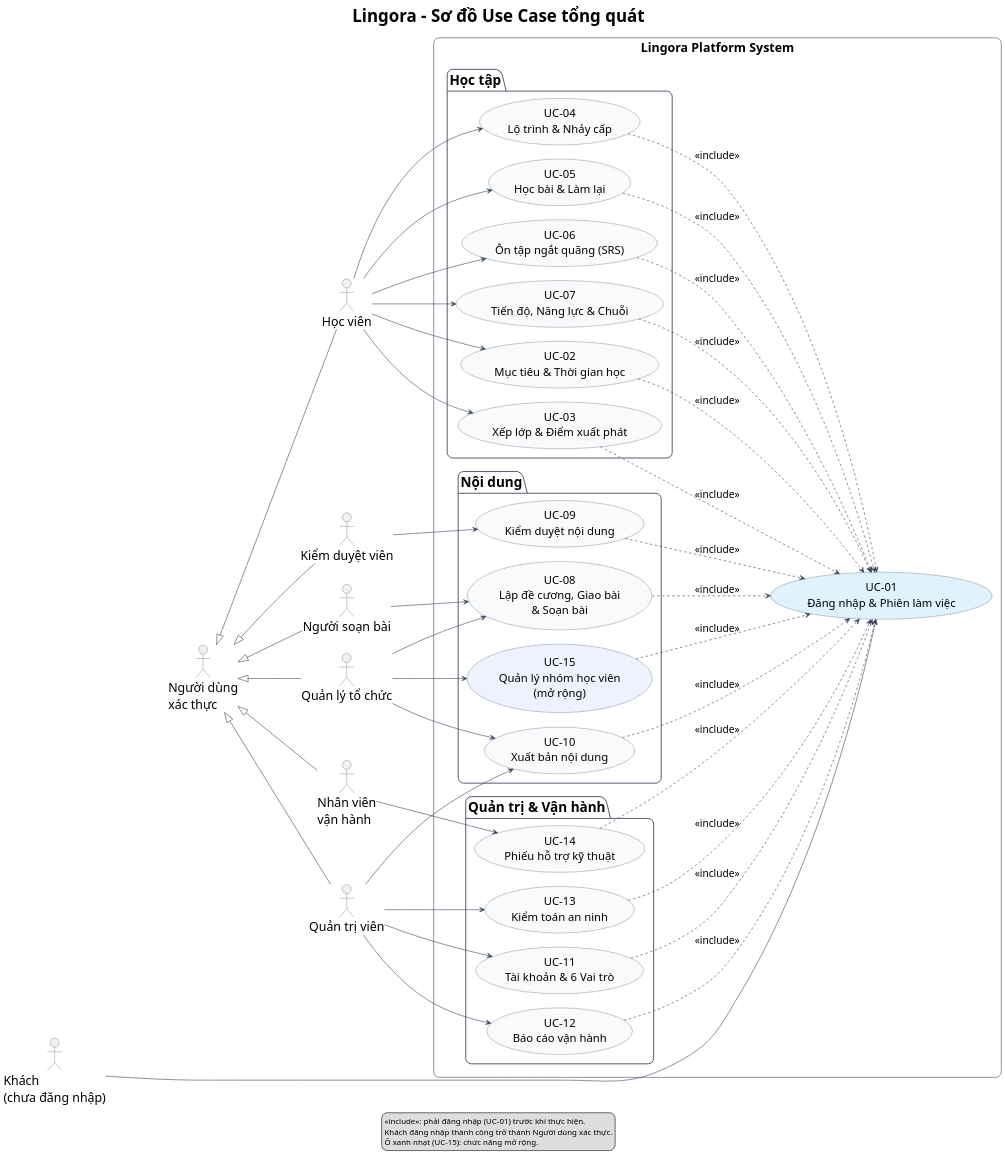
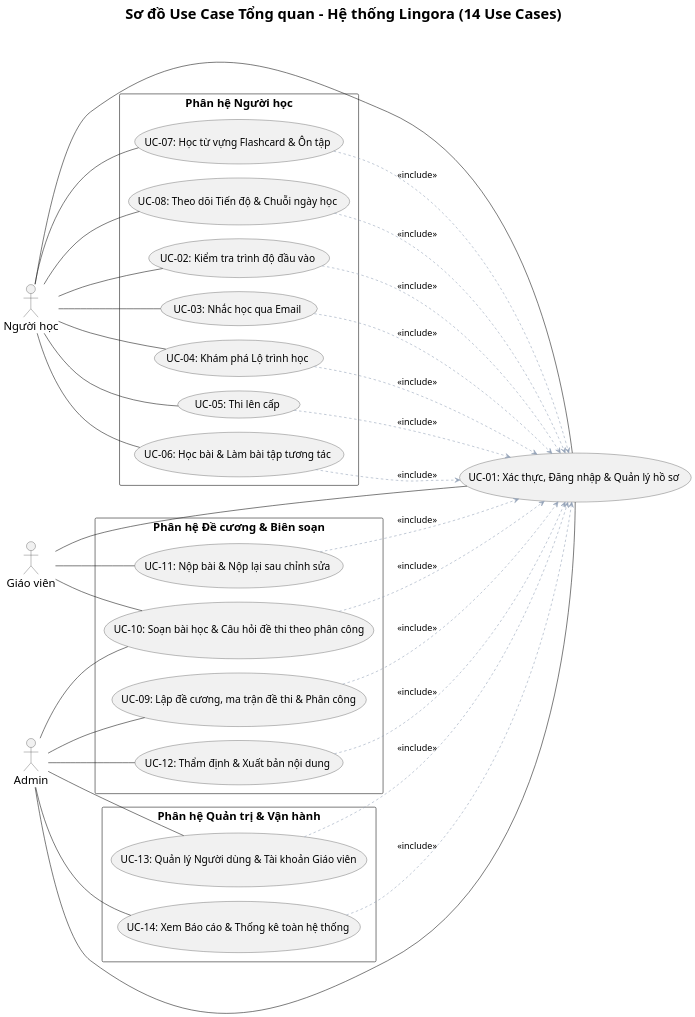
The diagram in docs/diagrams/lingora-modeling/src/01-usecase-tong-quat.puml (PhamNguyenThanhTung/lingora-workspace), drawn with PlantUML before and after one commit. The commit also changed 17 other files, not shown here.

Commit message:
docs(diagrams): remove obsolete actors and sync all usecase diagrams with 14 UC baseline

```diff
--- a/docs/diagrams/lingora-modeling/src/01-usecase-tong-quat.puml
+++ b/docs/diagrams/lingora-modeling/src/01-usecase-tong-quat.puml
@@ -1,114 +1,102 @@
-@startuml 01-usecase-tong-quat
-title Lingora - Sơ đồ Use Case tổng quát
-left to right direction
-
+@startuml
 skinparam dpi 150
 skinparam defaultFontName Arial
-skinparam defaultFontSize 22
-skinparam titleFontSize 30
-skinparam ArrowFontSize 18
-skinparam ActorFontSize 22
-skinparam UsecaseFontSize 20
-skinparam PackageFontSize 24
+skinparam defaultFontSize 20
+skinparam titleFontSize 26
+skinparam ArrowFontSize 16
+skinparam UsecaseFontSize 18
+skinparam ActorFontSize 20
 skinparam shadowing false
-skinparam roundcorner 20
 skinparam nodesep 25
-skinparam ranksep 110
-skinparam ArrowColor #334155
-skinparam ActorBorderColor #334155
-skinparam UsecaseBorderColor #334155
-skinparam UsecaseBackgroundColor #F8FAFC
-skinparam PackageBorderColor #334155
+skinparam ranksep 80
 
-' ===== Actors =====
-actor "Khách\n(chưa đăng nhập)" as Guest
-actor "Người dùng\nxác thực" as Auth
-actor "Học viên" as Learner
-actor "Người soạn bài" as Creator
-actor "Kiểm duyệt viên" as Mod
-actor "Quản lý tổ chức" as OrgMgr
-actor "Quản trị viên" as Admin
-actor "Nhân viên\nvận hành" as Ops
+left to right direction
+title Sơ đồ Use Case Tổng quan - Hệ thống Lingora (14 Use Cases)
 
-' ===== Kế thừa: 6 vai trò đều là Người dùng xác thực =====
-Auth <|-- Learner
-Auth <|-- Creator
-Auth <|-- Mod
-Auth <|-- OrgMgr
-Auth <|-- Admin
-Auth <|-- Ops
-Guest -[hidden]down- Auth
+actor "Người học" as Learner
+actor "Giáo viên" as Teacher
+actor "Admin" as Admin
 
-rectangle "Lingora Platform System" {
+Learner -[hidden]right-> Teacher
+Teacher -[hidden]right-> Admin
 
-  usecase "UC-01\nĐăng nhập & Phiên làm việc" as UC01 #E0F2FE
-
-  package "Học tập" {
-    usecase "UC-02\nMục tiêu & Thời gian học" as UC02
-    usecase "UC-03\nXếp lớp & Điểm xuất phát" as UC03
-    usecase "UC-04\nLộ trình & Nhảy cấp" as UC04
-    usecase "UC-05\nHọc bài & Làm lại" as UC05
-    usecase "UC-06\nÔn tập ngắt quãng (SRS)" as UC06
-    usecase "UC-07\nTiến độ, Năng lực & Chuỗi" as UC07
-  }
-
-  package "Nội dung" {
-    usecase "UC-08\nLập đề cương, Giao bài\n& Soạn bài" as UC08
-    usecase "UC-09\nKiểm duyệt nội dung" as UC09
-    usecase "UC-10\nXuất bản nội dung" as UC10
-    usecase "UC-15\nQuản lý nhóm học viên\n(mở rộng)" as UC15 #EEF2FF
-  }
-
-  package "Quản trị & Vận hành" {
-    usecase "UC-11\nTài khoản & 6 Vai trò" as UC11
-    usecase "UC-12\nBáo cáo vận hành" as UC12
-    usecase "UC-13\nKiểm toán an ninh" as UC13
-    usecase "UC-14\nPhiếu hỗ trợ kỹ thuật" as UC14
-  }
+rectangle "Phân hệ Người học" as P_Learner {
+    usecase "UC-02: Kiểm tra trình độ đầu vào" as UC_02
+    usecase "UC-03: Nhắc học qua Email" as UC_03
+    usecase "UC-04: Khám phá Lộ trình học" as UC_04
+    usecase "UC-05: Thi lên cấp" as UC_05
+    usecase "UC-06: Học bài & Làm bài tập tương tác" as UC_06
+    usecase "UC-07: Học từ vựng Flashcard & Ôn tập" as UC_07
+    usecase "UC-08: Theo dõi Tiến độ & Chuỗi ngày học" as UC_08
 }
 
-' ===== Khách đăng nhập =====
-Guest --> UC01
+rectangle "Phân hệ Đề cương & Biên soạn" as P_Content {
+    usecase "UC-09: Lập đề cương, ma trận đề thi & Phân công" as UC_09
+    usecase "UC-10: Soạn bài học & Câu hỏi đề thi theo phân công" as UC_10
+    usecase "UC-11: Nộp bài & Nộp lại sau chỉnh sửa" as UC_11
+    usecase "UC-12: Thẩm định & Xuất bản nội dung" as UC_12
+}
 
-' ===== Chức năng của từng vai trò =====
-Learner --> UC02
-Learner --> UC03
-Learner --> UC04
-Learner --> UC05
-Learner --> UC06
-Learner --> UC07
+rectangle "Phân hệ Quản trị & Vận hành" as P_Admin {
+    usecase "UC-13: Quản lý Người dùng & Tài khoản Giáo viên" as UC_13
+    usecase "UC-14: Xem Báo cáo & Thống kê toàn hệ thống" as UC_14
+}
 
-Creator --> UC08
-Mod --> UC09
-OrgMgr --> UC08
-OrgMgr --> UC10
-OrgMgr --> UC15
+usecase "UC-01: Xác thực, Đăng nhập & Quản lý hồ sơ" as UC_01
 
-Admin --> UC10
-Admin --> UC11
-Admin --> UC12
-Admin --> UC13
-Ops --> UC14
+' Khóa cứng thứ tự dọc từ UC-02 đến UC-14 thành một chuỗi duy nhất
+UC_02 -[hidden]right-> UC_03
+UC_03 -[hidden]right-> UC_04
+UC_04 -[hidden]right-> UC_05
+UC_05 -[hidden]right-> UC_06
+UC_06 -[hidden]right-> UC_07
+UC_07 -[hidden]right-> UC_08
+UC_08 -[hidden]right-> UC_09
+UC_09 -[hidden]right-> UC_10
+UC_10 -[hidden]right-> UC_11
+UC_11 -[hidden]right-> UC_12
+UC_12 -[hidden]right-> UC_13
+UC_13 -[hidden]right-> UC_14
 
-' ===== Mọi chức năng đều yêu cầu đăng nhập trước =====
-UC02 ..> UC01 : <<include>>
-UC03 ..> UC01 : <<include>>
-UC04 ..> UC01 : <<include>>
-UC05 ..> UC01 : <<include>>
-UC06 ..> UC01 : <<include>>
-UC07 ..> UC01 : <<include>>
-UC08 ..> UC01 : <<include>>
-UC09 ..> UC01 : <<include>>
-UC10 ..> UC01 : <<include>>
-UC11 ..> UC01 : <<include>>
-UC12 ..> UC01 : <<include>>
-UC13 ..> UC01 : <<include>>
-UC14 ..> UC01 : <<include>>
-UC15 ..> UC01 : <<include>>
+' Đẩy UC-01 sang bên phải
+UC_06 -[hidden]down-> UC_01
 
-legend bottom
-  <<include>>: phải đăng nhập (UC-01) trước khi thực hiện.
-  Khách đăng nhập thành công trở thành Người dùng xác thực.
-  Ô xanh nhạt (UC-15): chức năng mở rộng.
-end legend
+' Liên kết Actor với Use Case (đường nét liền, KHÔNG mũi tên)
+Learner -- UC_01
+Learner -- UC_02
+Learner -- UC_03
+Learner -- UC_04
+Learner -- UC_05
+Learner -- UC_06
+Learner -- UC_07
+Learner -- UC_08
+
+Teacher -- UC_01
+Teacher -- UC_10
+Teacher -- UC_11
+
+Admin -- UC_01
+Admin -- UC_09
+Admin -- UC_10
+Admin -- UC_12
+Admin -- UC_13
+Admin -- UC_14
+
+' Mũi tên include từ tất cả 13 UC tới UC-01
+UC_02 .[#94A3B8].> UC_01 : <<include>>
+UC_03 .[#94A3B8].> UC_01 : <<include>>
+UC_04 .[#94A3B8].> UC_01 : <<include>>
+UC_05 .[#94A3B8].> UC_01 : <<include>>
+UC_06 .[#94A3B8].> UC_01 : <<include>>
+UC_07 .[#94A3B8].> UC_01 : <<include>>
+UC_08 .[#94A3B8].> UC_01 : <<include>>
+
+UC_09 .[#94A3B8].> UC_01 : <<include>>
+UC_10 .[#94A3B8].> UC_01 : <<include>>
+UC_11 .[#94A3B8].> UC_01 : <<include>>
+UC_12 .[#94A3B8].> UC_01 : <<include>>
+
+UC_13 .[#94A3B8].> UC_01 : <<include>>
+UC_14 .[#94A3B8].> UC_01 : <<include>>
+
 @enduml
```
